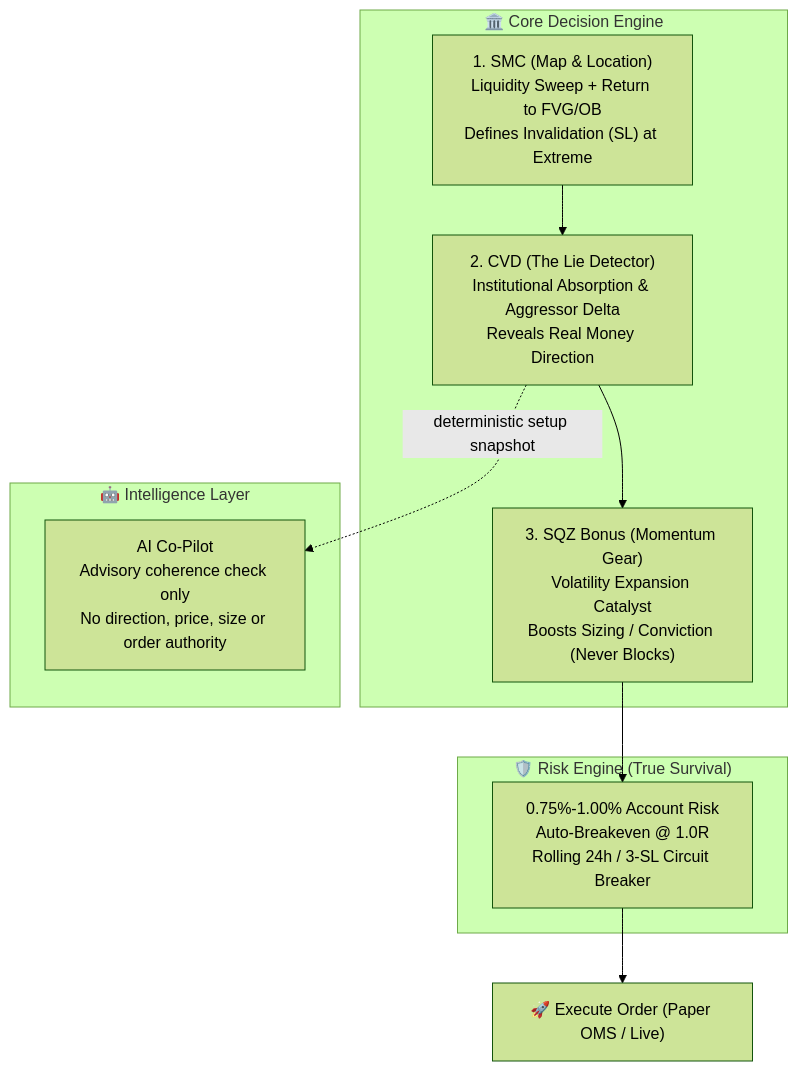
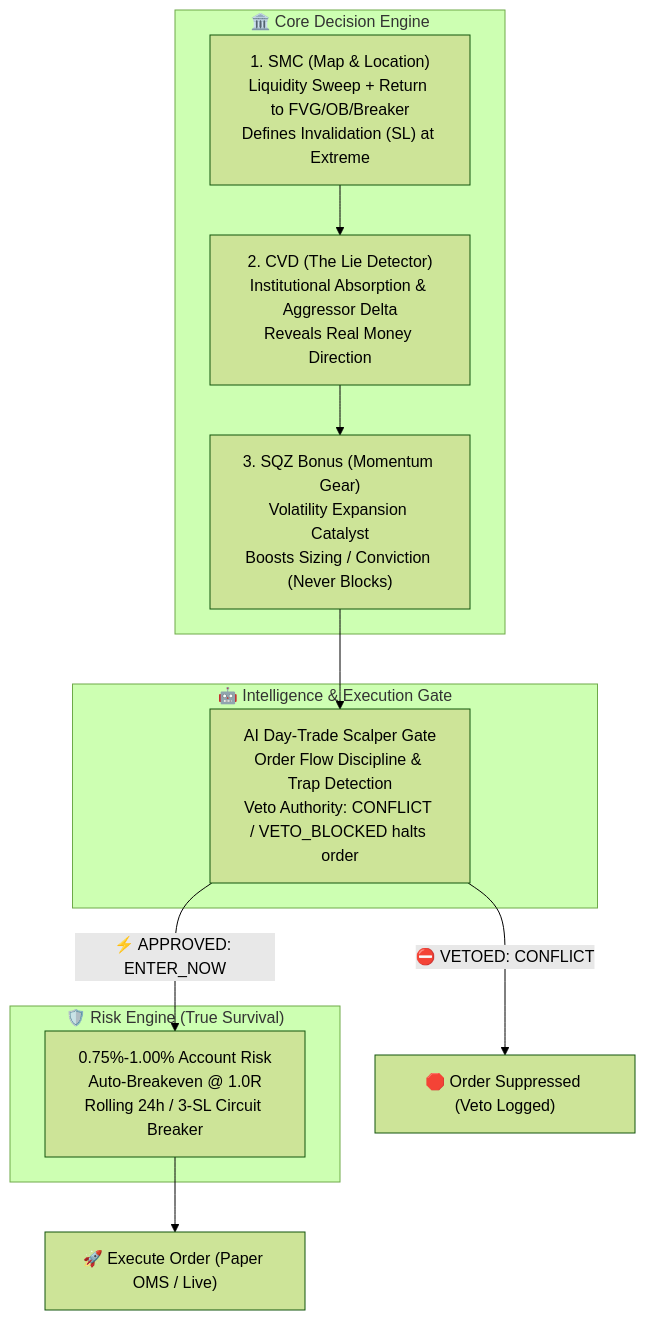
One commit to pirateszero92/ai_trade_advisor changed the first of 2 diagrams in README.md. Above: the diagram before and after it, drawn with Mermaid (forest theme). The commit also changed other lines of this file, not shown here.

Commit message:
docs(readme): update system architecture, AI Scalper Gate, Breaker Retests, and Web PWA guide

````diff
--- a/README.md
+++ b/README.md
@@ -19,22 +19,23 @@
 ```mermaid
 flowchart TD
     subgraph EDGE["🏛️ Core Decision Engine"]
-        SMC["1. SMC (Map & Location)<br/>Liquidity Sweep + Return to FVG/OB<br/>Defines Invalidation (SL) at Extreme"]
+        SMC["1. SMC (Map & Location)<br/>Liquidity Sweep + Return to FVG/OB/Breaker<br/>Defines Invalidation (SL) at Extreme"]
         CVD["2. CVD (The Lie Detector)<br/>Institutional Absorption & Aggressor Delta<br/>Reveals Real Money Direction"]
         SQZ["3. SQZ Bonus (Momentum Gear)<br/>Volatility Expansion Catalyst<br/>Boosts Sizing / Conviction (Never Blocks)"]
     end
 
-    subgraph COPILOT["🤖 Intelligence Layer"]
-        AI["AI Co-Pilot<br/>Advisory coherence check only<br/>No direction, price, size or order authority"]
+    subgraph COPILOT["🤖 Intelligence & Execution Gate"]
+        AI["AI Day-Trade Scalper Gate<br/>Order Flow Discipline & Trap Detection<br/>Veto Authority: CONFLICT / VETO_BLOCKED halts order"]
     end
 
     subgraph SURVIVAL["🛡️ Risk Engine (True Survival)"]
         RISK["0.75%-1.00% Account Risk<br/>Auto-Breakeven @ 1.0R<br/>Rolling 24h / 3-SL Circuit Breaker"]
     end
 
     SMC --> CVD
     CVD --> SQZ
-    SQZ --> RISK
-    CVD -. deterministic setup snapshot .-> AI
+    SQZ --> AI
+    AI -->|⛔ VETOED: CONFLICT| HALT["🛑 Order Suppressed (Veto Logged)"]
+    AI -->|⚡ APPROVED: ENTER_NOW| RISK
     RISK --> EXEC["🚀 Execute Order (Paper OMS / Live)"]
 ```
````
